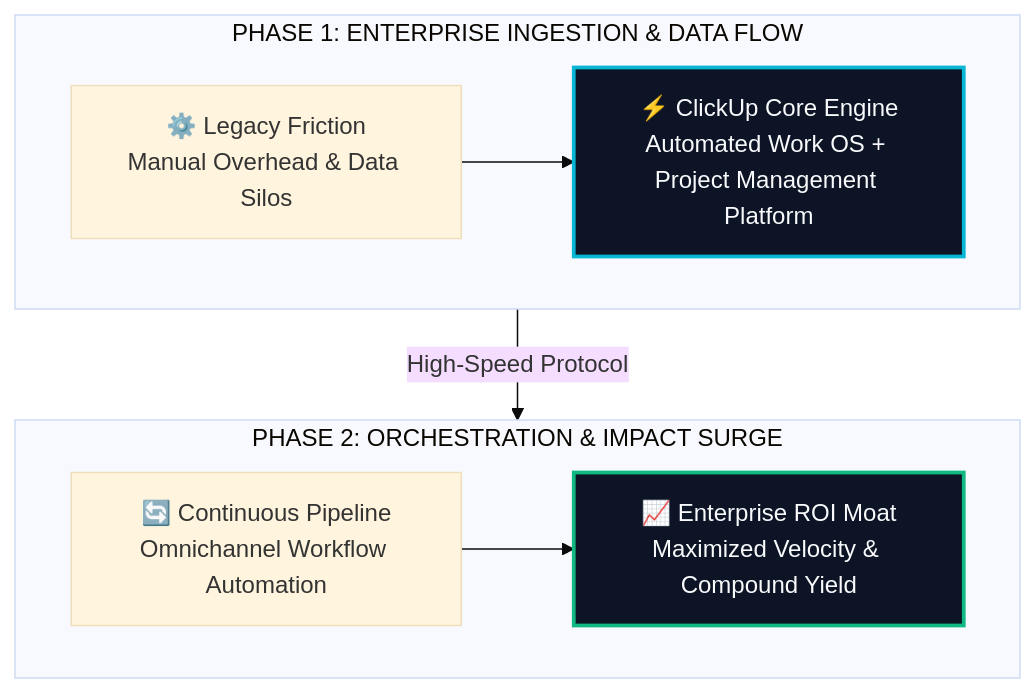
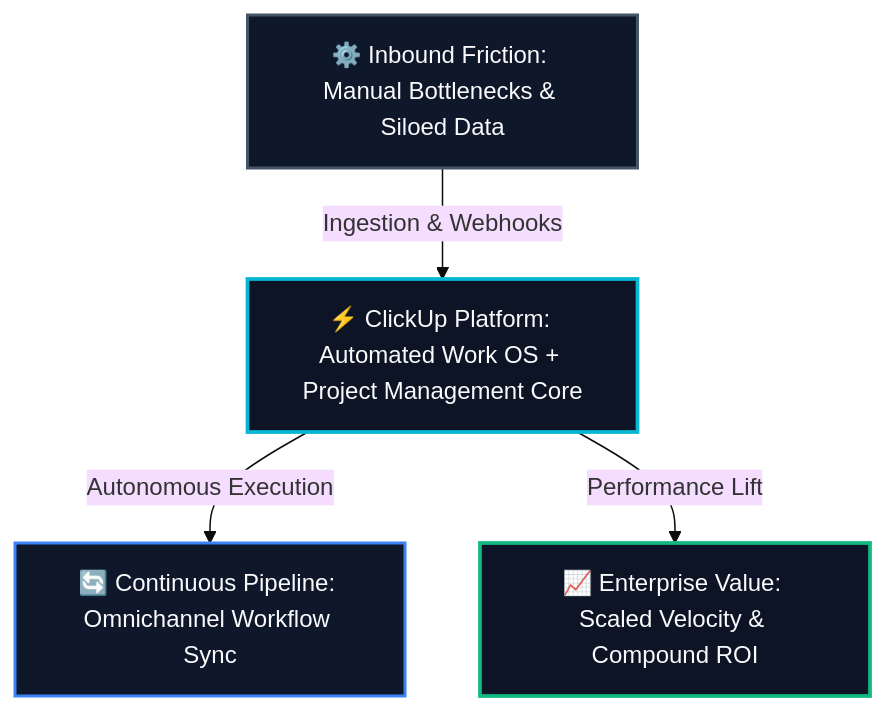
The diagram in site/src/content/blog/best-clickup-alternatives-2026.md (heliatech-media/saas-radar), drawn with Mermaid (base theme) before and after one commit. The commit also changed 93 other files, not shown here.

First line of the commit message:
fix(diagrams): resolve dagre-d3 subgraph collision by migrating to balanced 3-tier Hub & Spoke architecture

````diff
--- a/site/src/content/blog/best-clickup-alternatives-2026.md
+++ b/site/src/content/blog/best-clickup-alternatives-2026.md
@@ -109,14 +109,14 @@
 ```mermaid
 flowchart TD
-    subgraph S1["PHASE 1: ENTERPRISE INGESTION & DATA FLOW"]
-        direction LR
-        A["⚙️ Legacy Friction<br/>Manual Overhead & Data Silos"] --> B["⚡ ClickUp Core Engine<br/>Automated Work OS + Project Management Platform"]
-    end
-    subgraph S2["PHASE 2: ORCHESTRATION & IMPACT SURGE"]
-        direction LR
-        C["🔄 Continuous Pipeline<br/>Omnichannel Workflow Automation"] --> D["📈 Enterprise ROI Moat<br/>Maximized Velocity & Compound Yield"]
-    end
-    S1 -->|High-Speed Protocol| S2
-    style B fill:#0c1425,stroke:#06b6d4,stroke-width:2.5px,color:#f8fafc
-    style D fill:#0c1425,stroke:#10b981,stroke-width:2.5px,color:#f8fafc
+    Inp["⚙️ Inbound Friction: Manual Bottlenecks & Siloed Data"]
+    Eng["⚡ ClickUp Platform: Automated Work OS + Project Management Core"]
+    Out1["🔄 Continuous Pipeline: Omnichannel Workflow Sync"]
+    Out2["📈 Enterprise Value: Scaled Velocity & Compound ROI"]
+    Inp -->|Ingestion & Webhooks| Eng
+    Eng -->|Autonomous Execution| Out1
+    Eng -->|Performance Lift| Out2
+    style Inp fill:#0f172a,stroke:#475569,stroke-width:2px,color:#f8fafc
+    style Eng fill:#0c1425,stroke:#06b6d4,stroke-width:2.5px,color:#f8fafc
+    style Out1 fill:#0f172a,stroke:#3b82f6,stroke-width:2px,color:#f8fafc
+    style Out2 fill:#0c1425,stroke:#10b981,stroke-width:2.5px,color:#f8fafc
 ```
````
